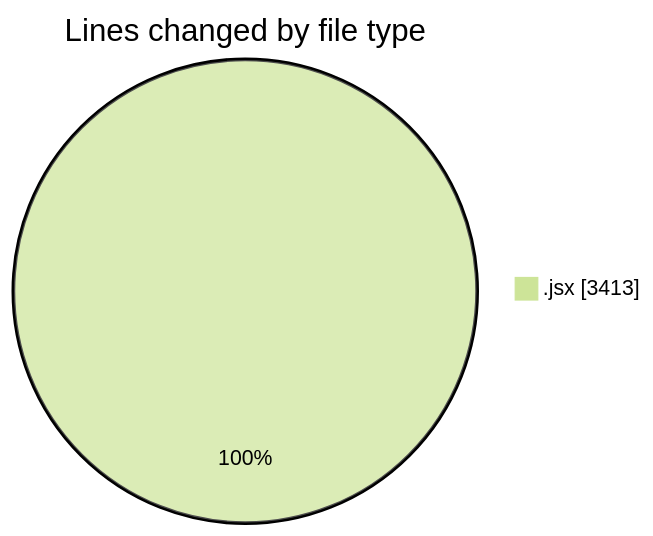
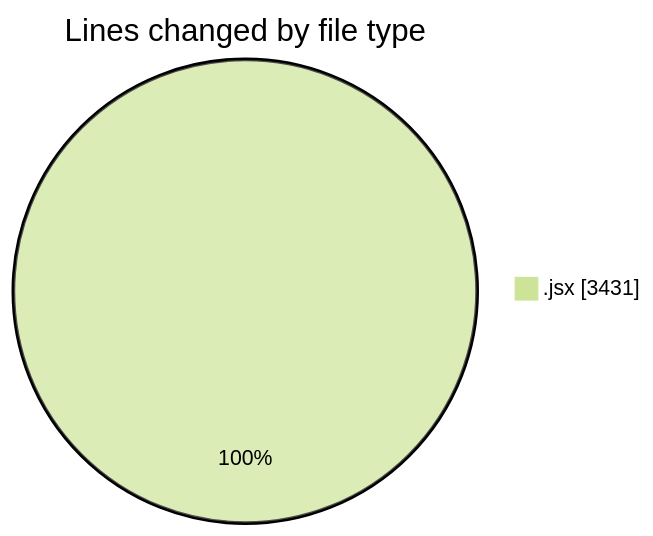
One commit to nxtqubesakshisongat/code-tracking changed the first of 2 diagrams in 2025-06-16/nxtqube_webapp/README.md. Above: the diagram before and after it, drawn with Mermaid (forest theme). The commit also changed other lines of this file and 1 other file, not shown here.

````diff
--- a/2025-06-16/nxtqube_webapp/README.md
+++ b/2025-06-16/nxtqube_webapp/README.md
@@ -22,5 +22,5 @@
 ```mermaid
 pie showData
 title Lines changed by file type
-".jsx" : 3413
+".jsx" : 3431
 ```
````
